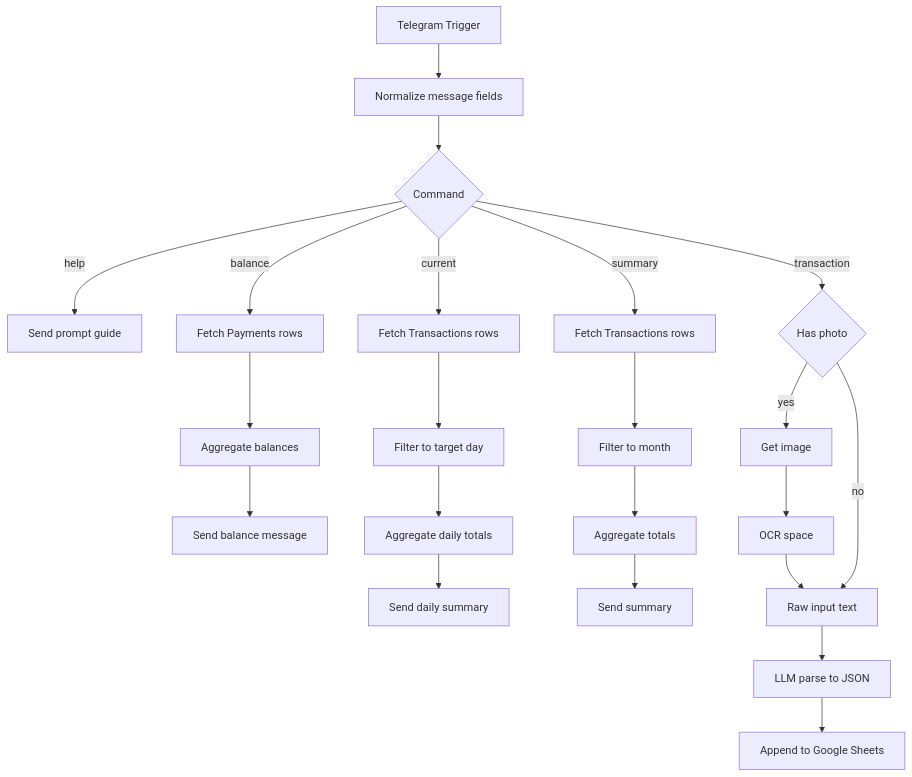
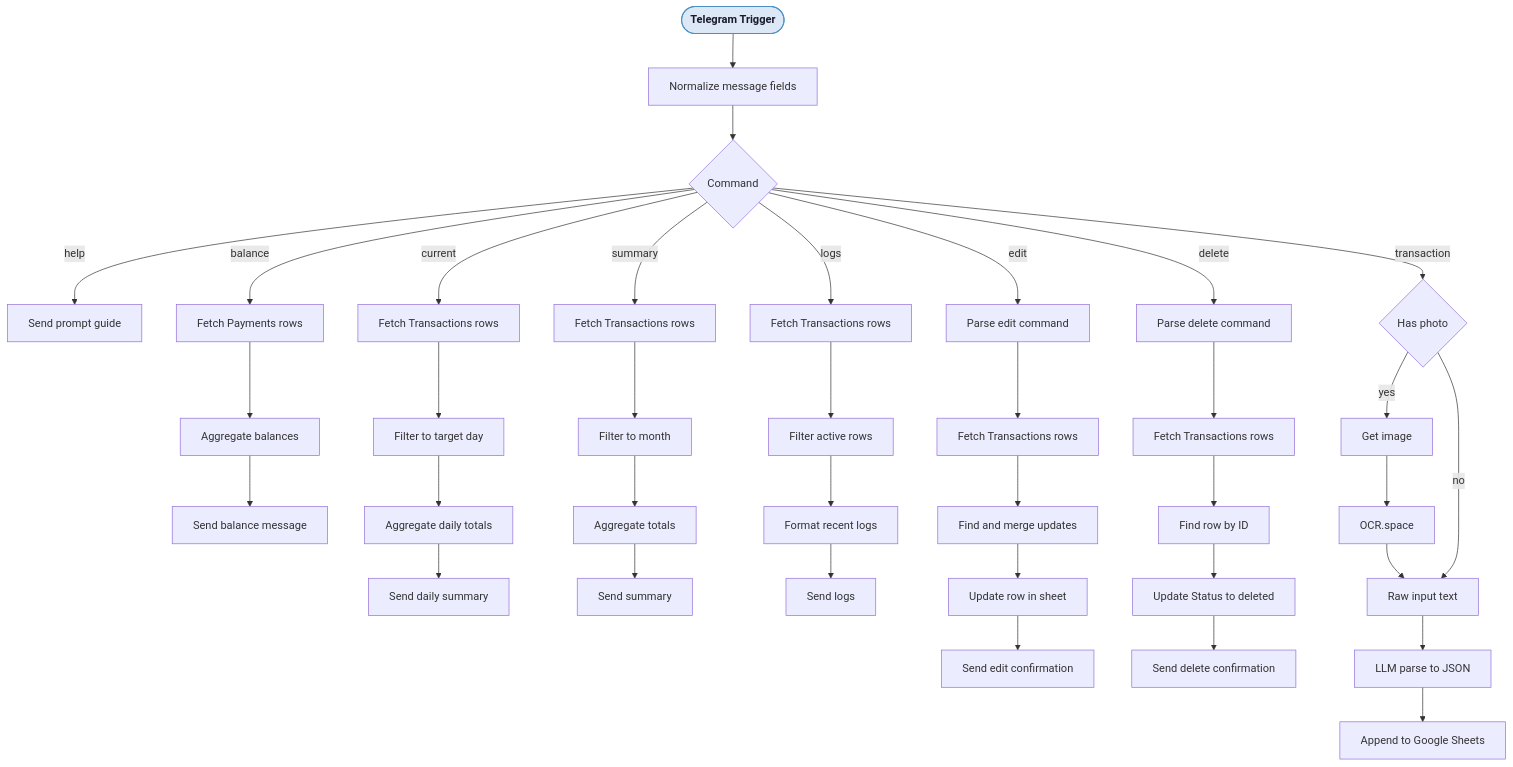
One commit to kylavaloria/n8n-expense-tracker changed the diagram in README.md. Above: the diagram before and after it, drawn with Mermaid. The commit also changed other lines of this file, not shown here.

````diff
--- a/README.md
+++ b/README.md
@@ -49,31 +88,48 @@
 ```mermaid
 flowchart TD
-  A[Telegram Trigger] --> B[Normalize message fields]
-  B --> C{Command}
+    A(["`**Telegram Trigger**`"]):::step --> B[Normalize message fields]
+    B --> C{Command}
 
-  C -->|help| H[Send prompt guide]
+    C -->|help| H[Send prompt guide]
 
-  C -->|balance| BL[Fetch Payments rows]
-  BL --> BA[Aggregate balances]
-  BA --> BT[Send balance message]
+    C -->|balance| BL[Fetch Payments rows]
+    BL --> BA[Aggregate balances]
+    BA --> BT[Send balance message]
 
-  C -->|current| CR[Fetch Transactions rows]
-  CR --> CF[Filter to target day]
-  CF --> CA[Aggregate daily totals]
-  CA --> CT[Send daily summary]
+    C -->|current| CR[Fetch Transactions rows]
+    CR --> CF[Filter to target day]
+    CF --> CA[Aggregate daily totals]
+    CA --> CT[Send daily summary]
 
-  C -->|summary| SR[Fetch Transactions rows]
-  SR --> SF[Filter to month]
-  SF --> SA[Aggregate totals]
-  SA --> ST[Send summary]
+    C -->|summary| SR[Fetch Transactions rows]
+    SR --> SF[Filter to month]
+    SF --> SA[Aggregate totals]
+    SA --> ST[Send summary]
 
-  C -->|transaction| D{Has photo}
+    C -->|logs| LG[Fetch Transactions rows]
+    LG --> LF[Filter active rows]
+    LF --> LL[Format recent logs]
+    LL --> LT[Send logs]
 
-  D -->|yes| E[Get image]
-  E --> F[OCR space]
-  F --> G[Raw input text]
-  D -->|no| G
+    C -->|edit| ED[Parse edit command]
+    ED --> ER[Fetch Transactions rows]
+    ER --> EM[Find and merge updates]
+    EM --> EU[Update row in sheet]
+    EU --> ET[Send edit confirmation]
 
-  G --> I[LLM parse to JSON]
-  I --> J[Append to Google Sheets]
+    C -->|delete| DD[Parse delete command]
+    DD --> DR[Fetch Transactions rows]
+    DR --> DF[Find row by ID]
+    DF --> DU[Update Status to deleted]
+    DU --> DT[Send delete confirmation]
+
+    C -->|transaction| D{Has photo}
+    D -->|yes| E[Get image]
+    E --> F[OCR.space]
+    F --> G[Raw input text]
+    D -->|no| G
+    G --> I[LLM parse to JSON]
+    I --> J[Append to Google Sheets]
+
+    classDef step fill:#dce8f5,stroke:#4a90c4,stroke-width:1.5px,color:#1a1a2e
 ```
````
